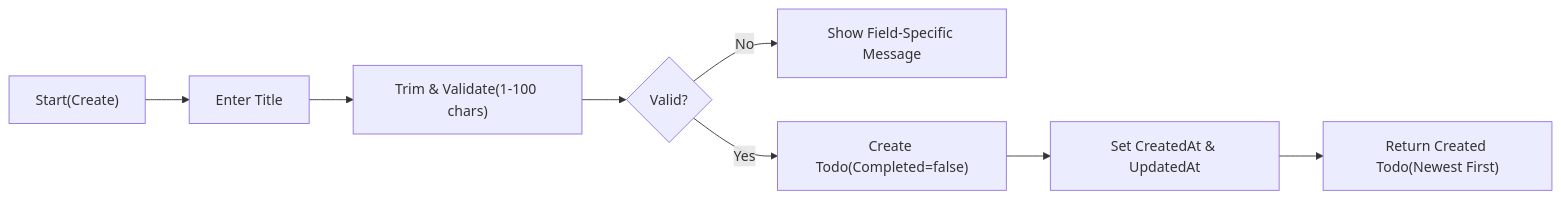
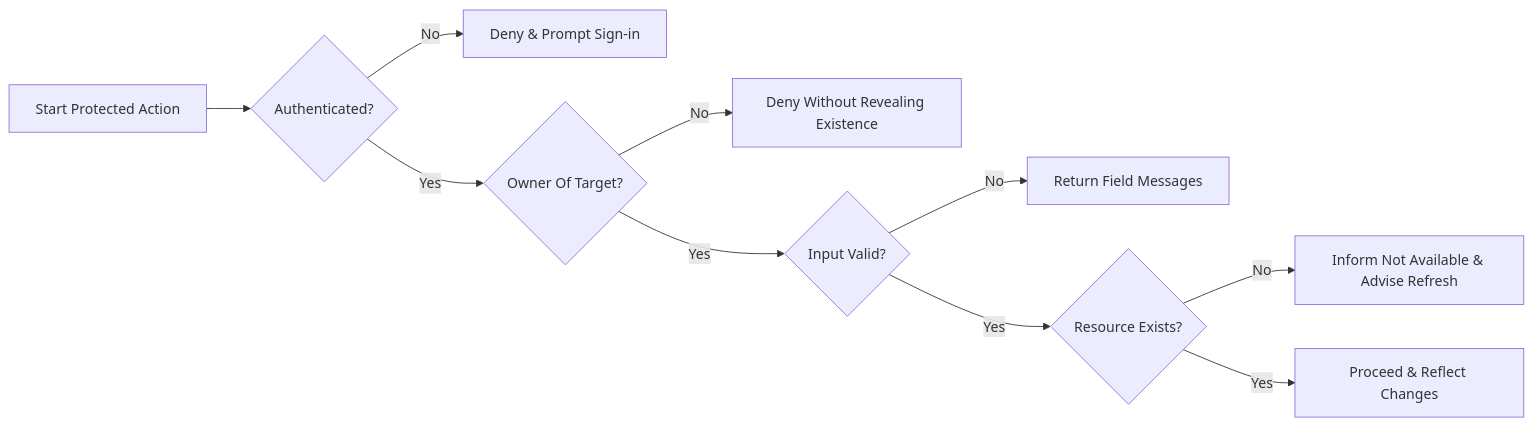
The third of 3 diagrams in openai/gpt-5/todo/docs/analysis/00-toc.md (wrtnlabs/autobe-examples), drawn with Mermaid before and after one commit. The commit also changed other lines of this file and 16146 other files, not shown here.

````diff
--- a/openai/gpt-5/todo/docs/analysis/00-toc.md
+++ b/openai/gpt-5/todo/docs/analysis/00-toc.md
@@ -219,10 +189,12 @@
 ```mermaid
 graph LR
-  A["Start(Create)"] --> B["Enter Title"]
-  B --> C["Trim & Validate(1-100 chars)"]
-  C --> D{"Valid?"}
-  D -->|"No"| E["Show Field-Specific Message"]
-  D -->|"Yes"| F["Create Todo(Completed=false)"]
-  F --> G["Set CreatedAt & UpdatedAt"]
-  G --> H["Return Created Todo(Newest First)"]
+  A["Start Protected Action"] --> B{"Authenticated?"}
+  B -->|"No"| C["Deny & Prompt Sign‑in"]
+  B -->|"Yes"| D{"Owner Of Target?"}
+  D -->|"No"| E["Deny Without Revealing Existence"]
+  D -->|"Yes"| F{"Input Valid?"}
+  F -->|"No"| G["Return Field Messages"]
+  F -->|"Yes"| H{"Resource Exists?"}
+  H -->|"No"| I["Inform Not Available & Advise Refresh"]
+  H -->|"Yes"| J["Proceed & Reflect Changes"]
 ```
````
